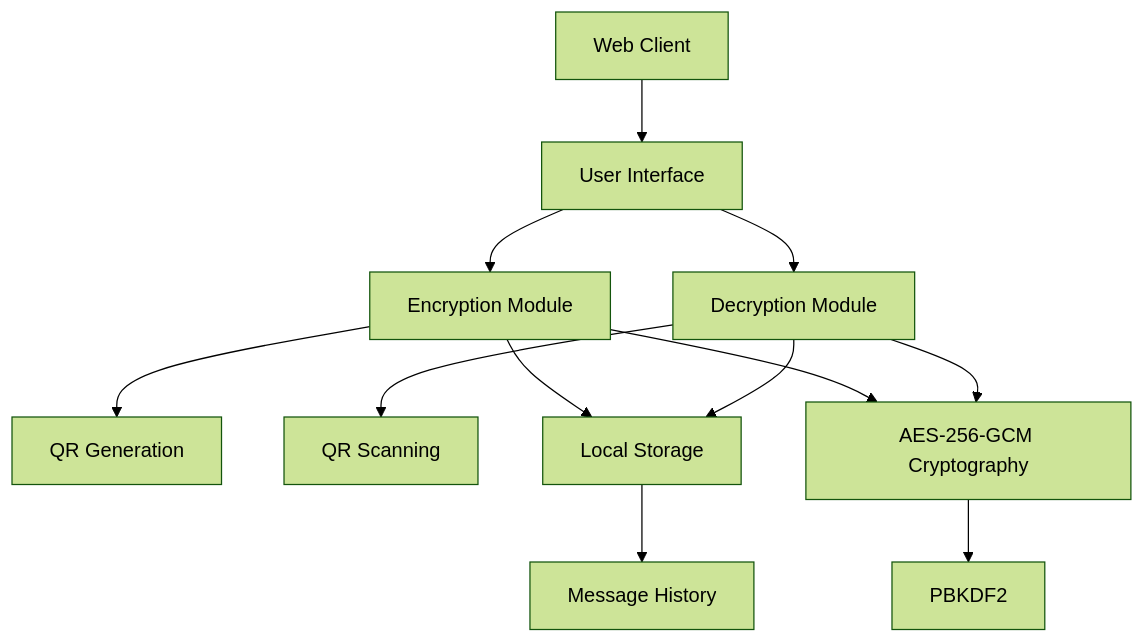
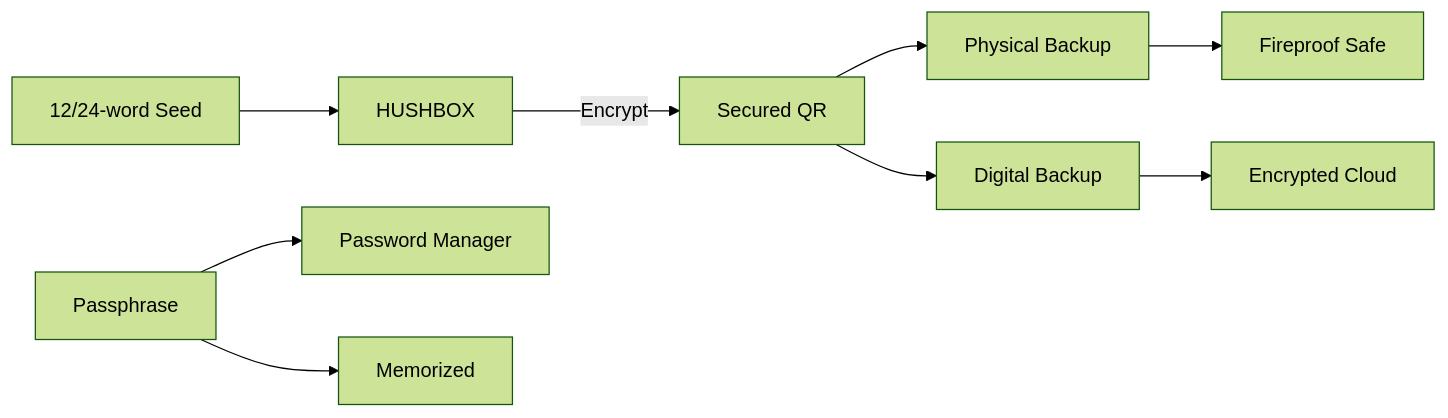
One commit to MPetovick/testHUSHBOX changed the second of 10 diagrams in README.md. Above: the diagram before and after it, drawn with Mermaid (forest theme). The commit also changed other lines of this file, not shown here.

````diff
--- a/README.md
+++ b/README.md
@@ -55,13 +28,12 @@
 ```mermaid
-graph TD
-    A[Web Client] --> B[User Interface]
-    B --> C[Encryption Module]
-    B --> D[Decryption Module]
-    C --> E[QR Generation]
-    D --> F[QR Scanning]
-    C --> G[Local Storage]
-    D --> G
-    G --> H[Message History]
-    C & D --> I[AES-256-GCM Cryptography]
-    I --> J[PBKDF2]
+flowchart LR
+    Seed[12/24-word Seed] --> HUSHBOX
+    HUSHBOX -->|Encrypt| QR[Secured QR]
+    QR --> Physical[Physical Backup]
+    QR --> Digital[Digital Backup]
+    Passphrase --> Manager[Password Manager]
+    Passphrase --> Memory[Memorized]
+    
+    Physical --> Safe[Fireproof Safe]
+    Digital --> Encrypted[Encrypted Cloud]
 ```
````
